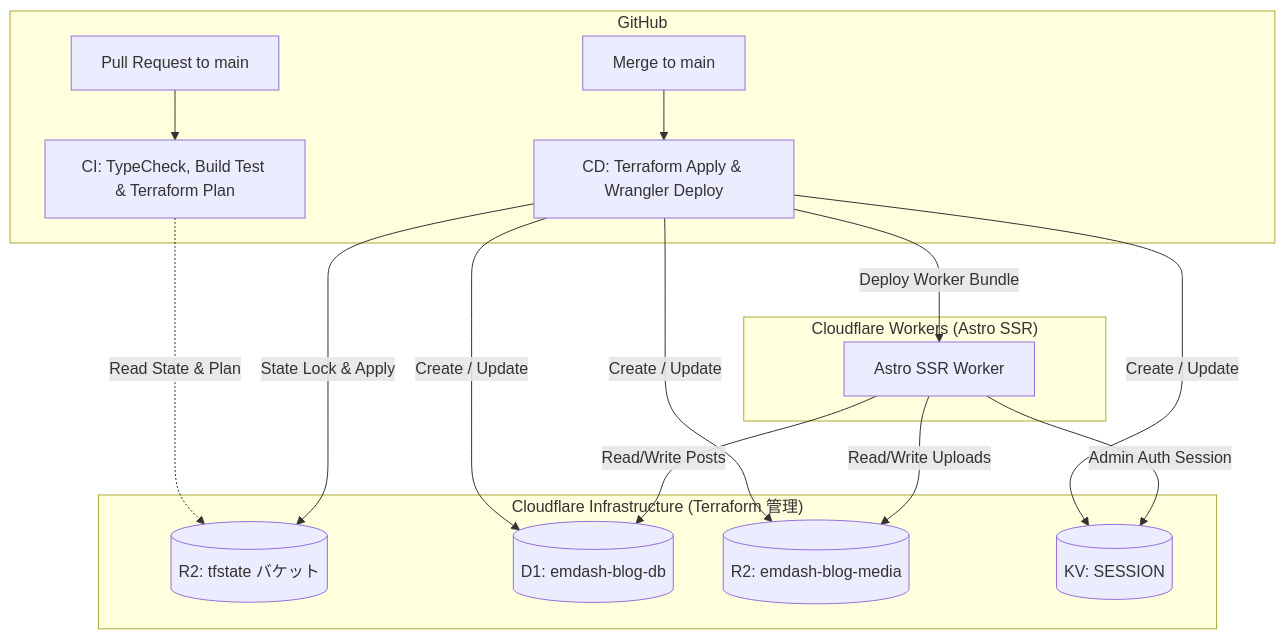
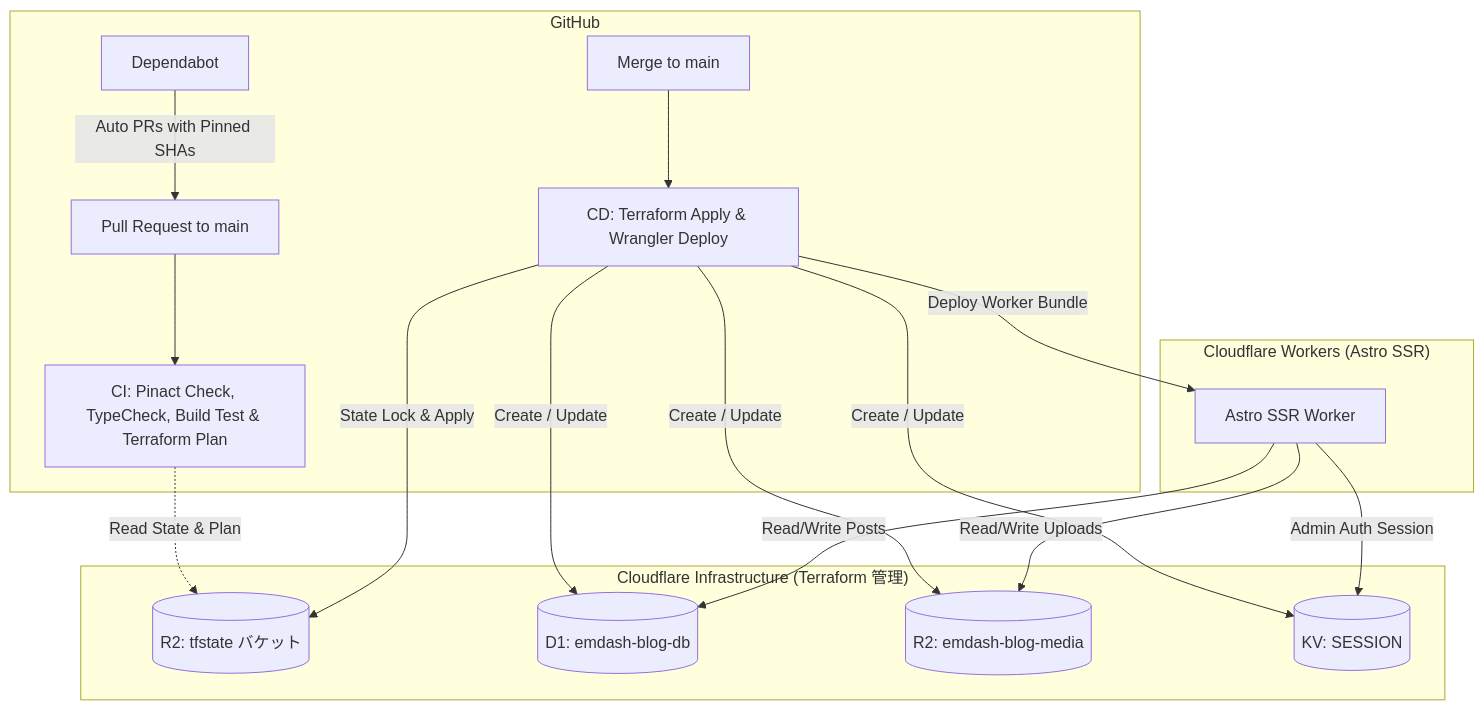
Before and after one commit to RikiyaOta/blog: the diagram in docs/superpowers/specs/2026-08-18-terraform-github-actions-design.md, drawn with Mermaid. The commit also changed other lines of this file, not shown here.

Commit message:
docs: update spec with pinact and dependabot supply chain security

````diff
--- a/docs/superpowers/specs/2026-08-18-terraform-github-actions-design.md
+++ b/docs/superpowers/specs/2026-08-18-terraform-github-actions-design.md
@@ -10,28 +12,29 @@
 ```mermaid
 flowchart TD
     subgraph GitHub
-        PR[Pull Request to main] --> CI[CI: TypeCheck, Build Test & Terraform Plan]
+        PR[Pull Request to main] --> CI[CI: Pinact Check, TypeCheck, Build Test & Terraform Plan]
         Merge[Merge to main] --> CD[CD: Terraform Apply & Wrangler Deploy]
+        Dependabot[Dependabot] -->|Auto PRs with Pinned SHAs| PR
     end
 
     subgraph "Cloudflare Infrastructure (Terraform 管理)"
         R2State[(R2: tfstate バケット)]
         D1[(D1: emdash-blog-db)]
         R2Media[(R2: emdash-blog-media)]
         KV[(KV: SESSION)]
     end
 
     subgraph "Cloudflare Workers (Astro SSR)"
         Worker[Astro SSR Worker]
     end
 
     CI -.->|Read State & Plan| R2State
     CD -->|State Lock & Apply| R2State
     CD -->|Create / Update| D1
     CD -->|Create / Update| R2Media
     CD -->|Create / Update| KV
     CD -->|Deploy Worker Bundle| Worker
     Worker -->|Read/Write Posts| D1
     Worker -->|Read/Write Uploads| R2Media
     Worker -->|Admin Auth Session| KV
 ```
````
